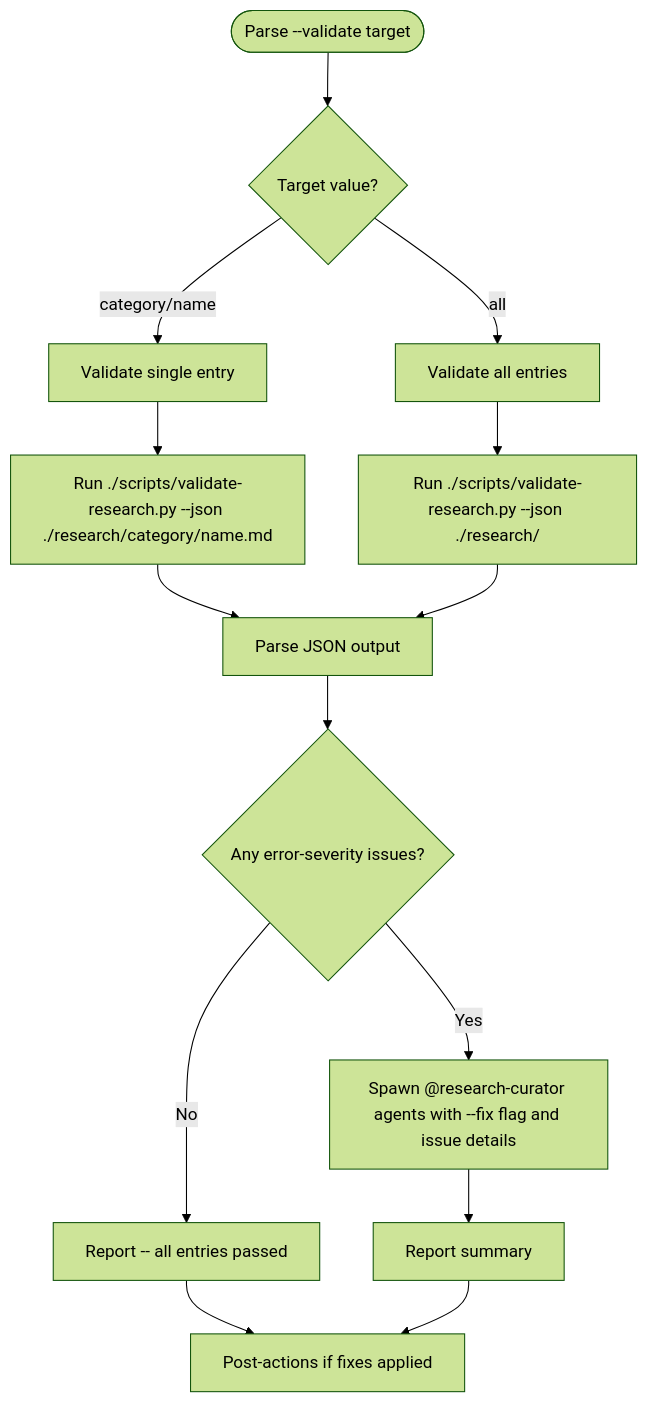
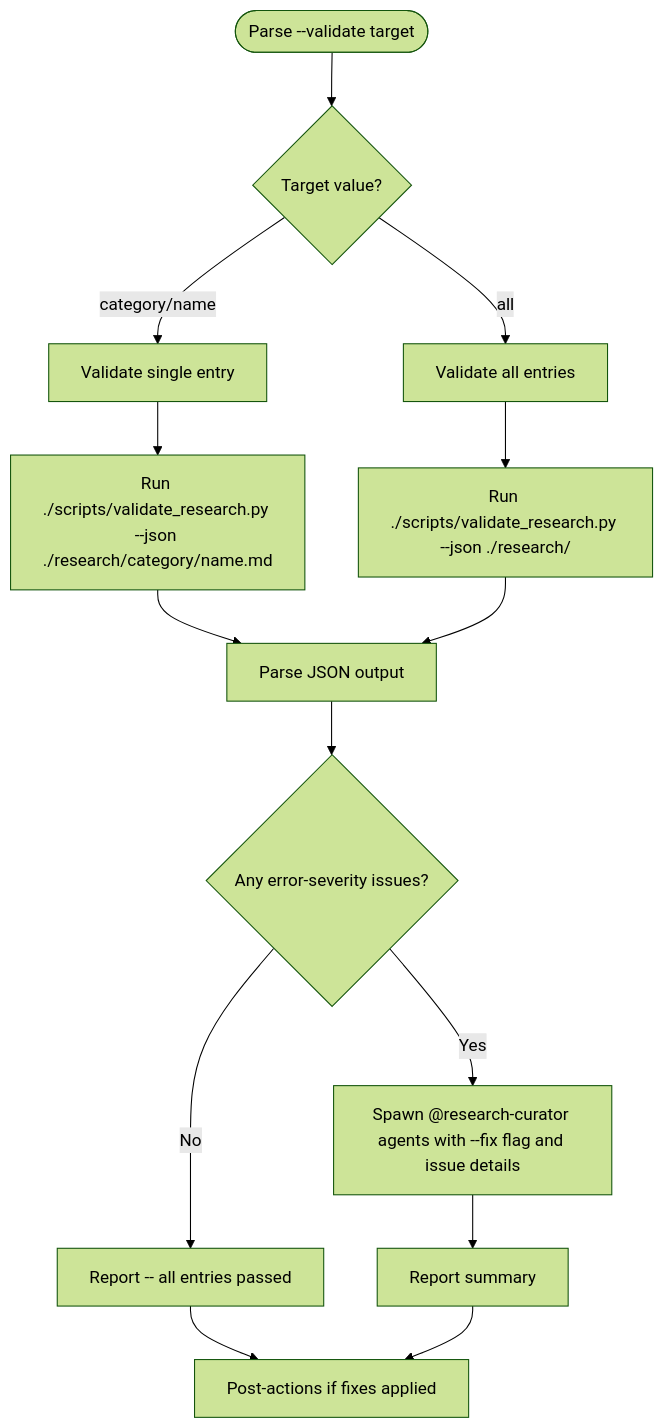
The fourth of 4 diagrams in .claude/skills/research-curator/SKILL.md (chgreer1070/claude_skills), drawn with Mermaid (forest theme) before and after one commit. The commit also changed other lines of this file and 92 other files, not shown here.

First line of the commit message:
refactor(scripts): rename all hyphenated scripts to PEP 8 underscored modules

````diff
--- a/.claude/skills/research-curator/SKILL.md
+++ b/.claude/skills/research-curator/SKILL.md
@@ -195,16 +195,16 @@
 ```mermaid
 flowchart TD
     Start([Parse --validate target]) --> Q{Target value?}
     Q -->|category/name| Single[Validate single entry]
     Q -->|all| All[Validate all entries]
-    Single --> RunScript["Run ./scripts/validate-research.py --json ./research/category/name.md"]
-    All --> RunScriptAll["Run ./scripts/validate-research.py --json ./research/"]
+    Single --> RunScript["Run ./scripts/validate_research.py --json ./research/category/name.md"]
+    All --> RunScriptAll["Run ./scripts/validate_research.py --json ./research/"]
     RunScript --> ParseJSON[Parse JSON output]
     RunScriptAll --> ParseJSON
     ParseJSON --> HasErrors{Any error-severity issues?}
     HasErrors -->|Yes| SpawnFix[Spawn @research-curator agents with --fix flag and issue details]
     HasErrors -->|No| ReportClean[Report -- all entries passed]
     SpawnFix --> ReportSummary[Report summary]
     ReportClean --> PostActions[Post-actions if fixes applied]
     ReportSummary --> PostActions
 ```
````
